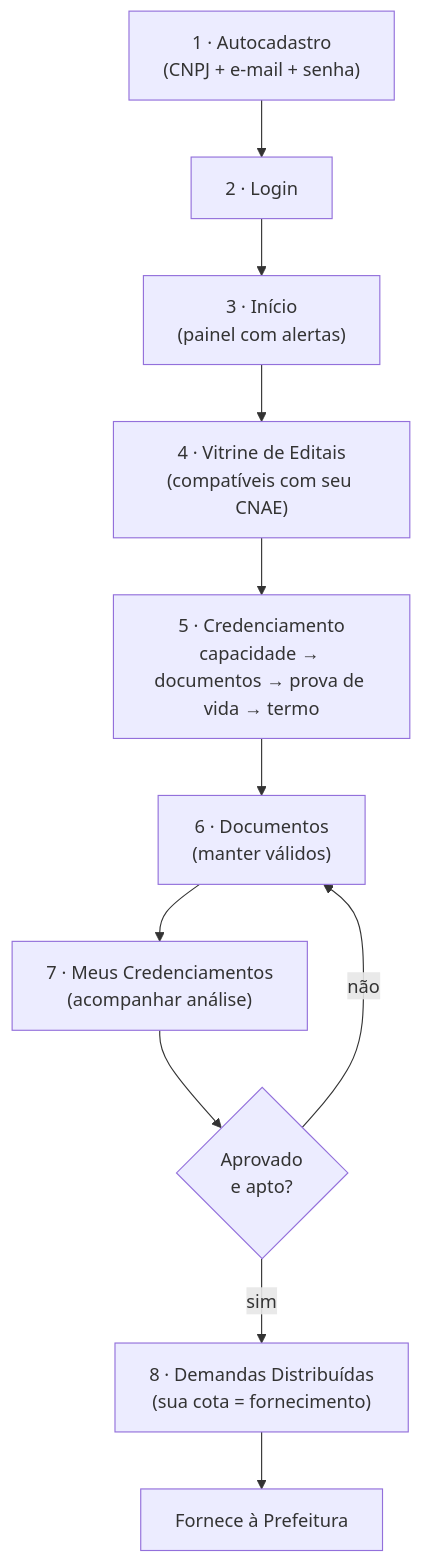
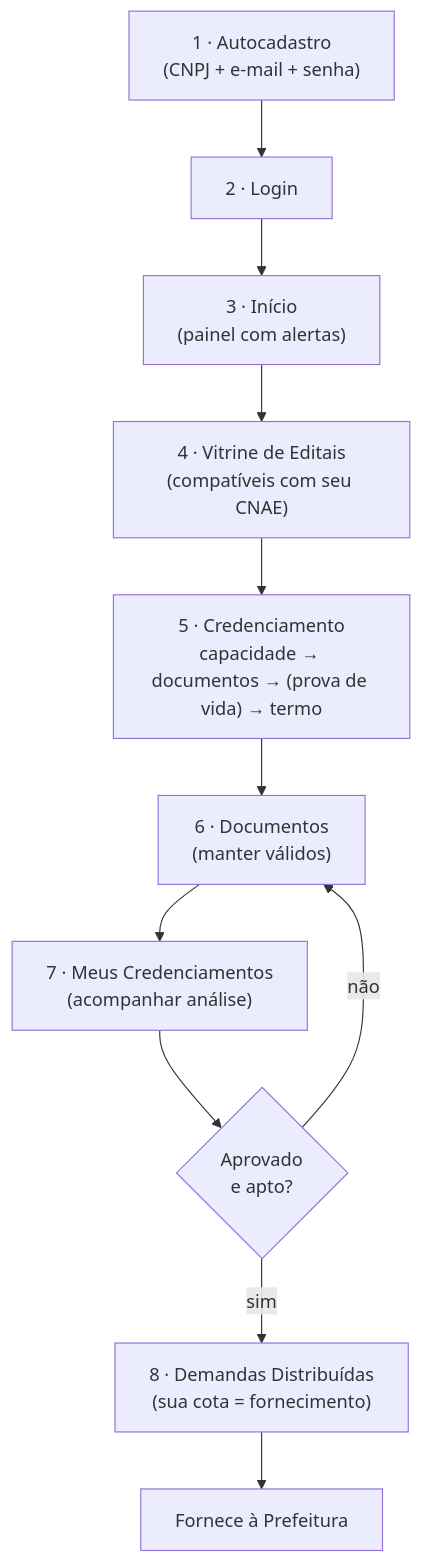
One commit to hydrosdesenvolvimento/compraMais changed the first of 5 diagrams in spec/manuais/manual-fornecedor.md. Above: the diagram before and after it, drawn with Mermaid. The commit also changed other lines of this file and 3 other files, not shown here.

First line of the commit message:
docs(manuais): prova de vida opcional por edital (md + html)

````diff
--- a/spec/manuais/manual-fornecedor.md
+++ b/spec/manuais/manual-fornecedor.md
@@ -55,13 +55,13 @@
 ```mermaid
 flowchart TD
     A["1 · Autocadastro<br/>(CNPJ + e-mail + senha)"] --> B["2 · Login"]
     B --> C["3 · Início<br/>(painel com alertas)"]
     C --> D["4 · Vitrine de Editais<br/>(compatíveis com seu CNAE)"]
-    D --> E["5 · Credenciamento<br/>capacidade → documentos → prova de vida → termo"]
+    D --> E["5 · Credenciamento<br/>capacidade → documentos → (prova de vida) → termo"]
     E --> F["6 · Documentos<br/>(manter válidos)"]
     F --> G["7 · Meus Credenciamentos<br/>(acompanhar análise)"]
     G --> H{"Aprovado<br/>e apto?"}
     H -- sim --> I["8 · Demandas Distribuídas<br/>(sua cota = fornecimento)"]
     H -- não --> F
     I --> J["Fornece à Prefeitura"]
 ```
````
